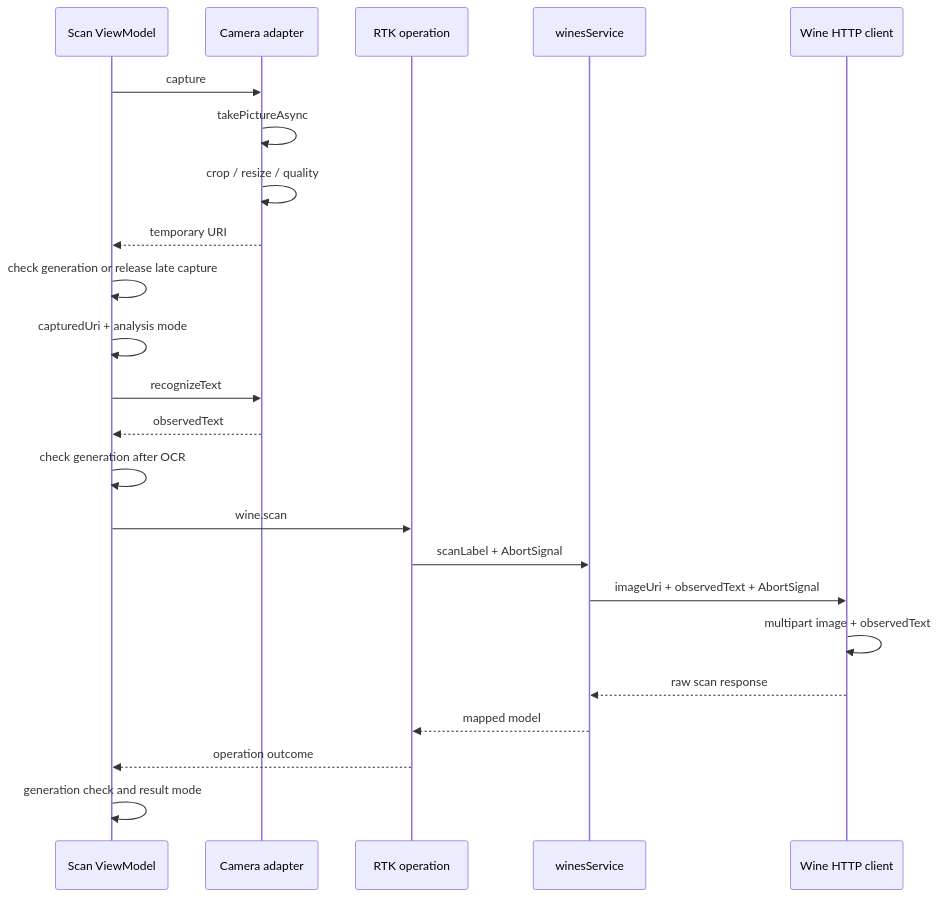
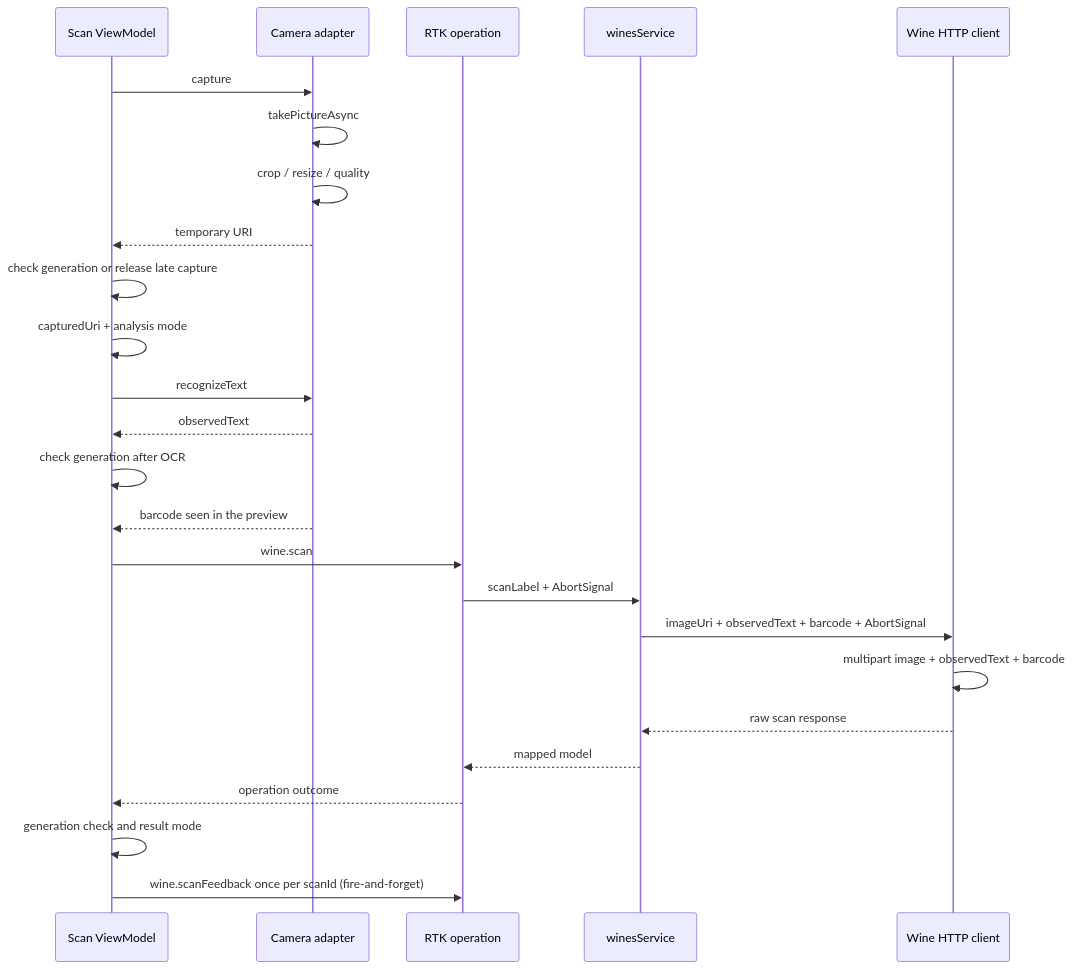
The second of 3 diagrams in docs/en/frontend-mobile/diagrams/wine-label-scan.md (Bielaszczuk/vinnot-demo), drawn with Mermaid before and after one commit. The commit also changed other lines of this file and 218 other files, not shown here.

````diff
--- a/docs/en/frontend-mobile/diagrams/wine-label-scan.md
+++ b/docs/en/frontend-mobile/diagrams/wine-label-scan.md
@@ -37,25 +43,27 @@
 ```mermaid
 sequenceDiagram
     participant V as Scan ViewModel
     participant C as Camera adapter
     participant Q as RTK operation
     participant S as winesService
     participant H as Wine HTTP client
     V->>C: capture
     C->>C: takePictureAsync
     C->>C: crop / resize / quality
     C-->>V: temporary URI
     V->>V: check generation or release late capture
     V->>V: capturedUri + analysis mode
     V->>C: recognizeText
     C-->>V: observedText
     V->>V: check generation after OCR
+    C-->>V: barcode seen in the preview
     V->>Q: wine.scan
     Q->>S: scanLabel + AbortSignal
-    S->>H: imageUri + observedText + AbortSignal
-    H->>H: multipart image + observedText
+    S->>H: imageUri + observedText + barcode + AbortSignal
+    H->>H: multipart image + observedText + barcode
     H-->>S: raw scan response
     S-->>Q: mapped model
     Q-->>V: operation outcome
     V->>V: generation check and result mode
+    V->>Q: wine.scanFeedback once per scanId (fire-and-forget)
 ```
````
